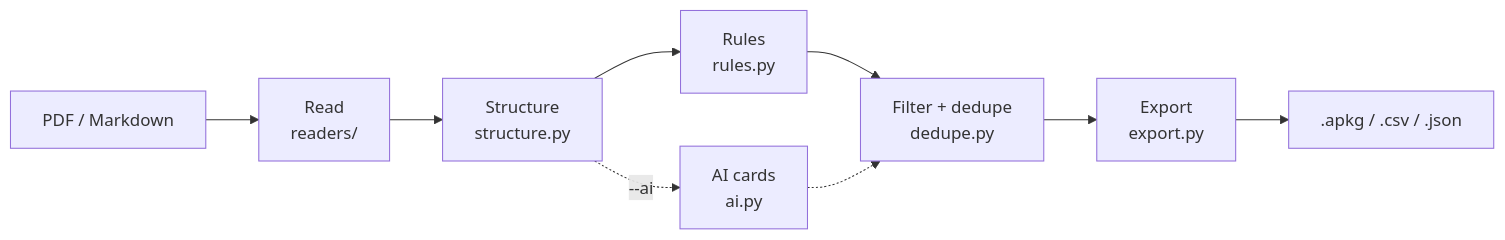
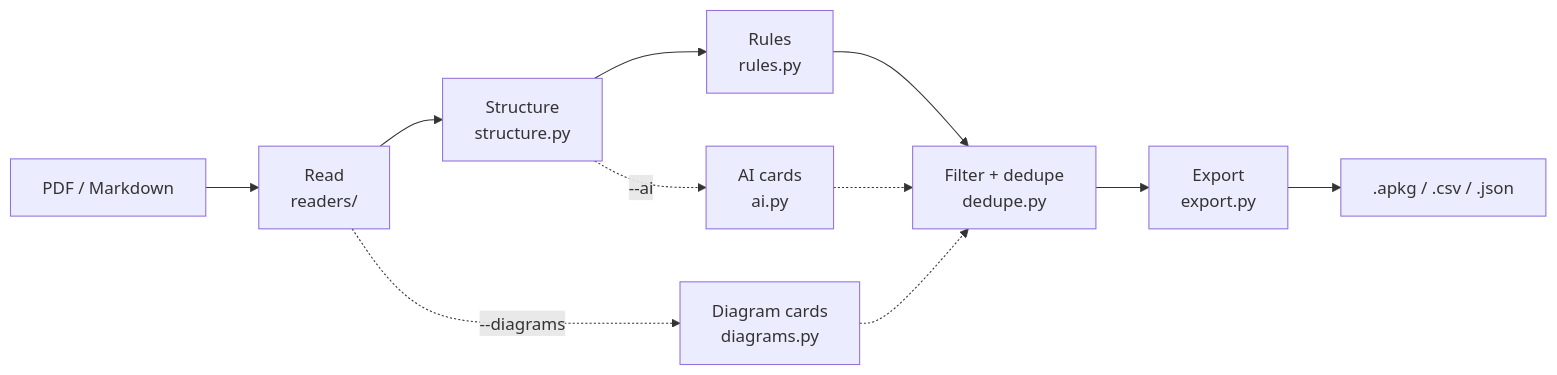
The diagram in README.md (casildata/autoflashcards), drawn with Mermaid before and after one commit. The commit also changed other lines of this file and 11 other files, not shown here.

First line of the commit message:
Add diagram cards as Anki Image Occlusion notes

````diff
--- a/README.md
+++ b/README.md
@@ -29,11 +30,13 @@
 ```mermaid
 flowchart LR
     A[PDF / Markdown] --> B[Read<br/>readers/]
     B --> C[Structure<br/>structure.py]
     C --> D[Rules<br/>rules.py]
     C -.->|--ai| E[AI cards<br/>ai.py]
     D --> F[Filter + dedupe<br/>dedupe.py]
     E -.-> F
+    B -.->|--diagrams| I[Diagram cards<br/>diagrams.py]
+    I -.-> F
     F --> G[Export<br/>export.py]
     G --> H[.apkg / .csv / .json]
 ```
````
